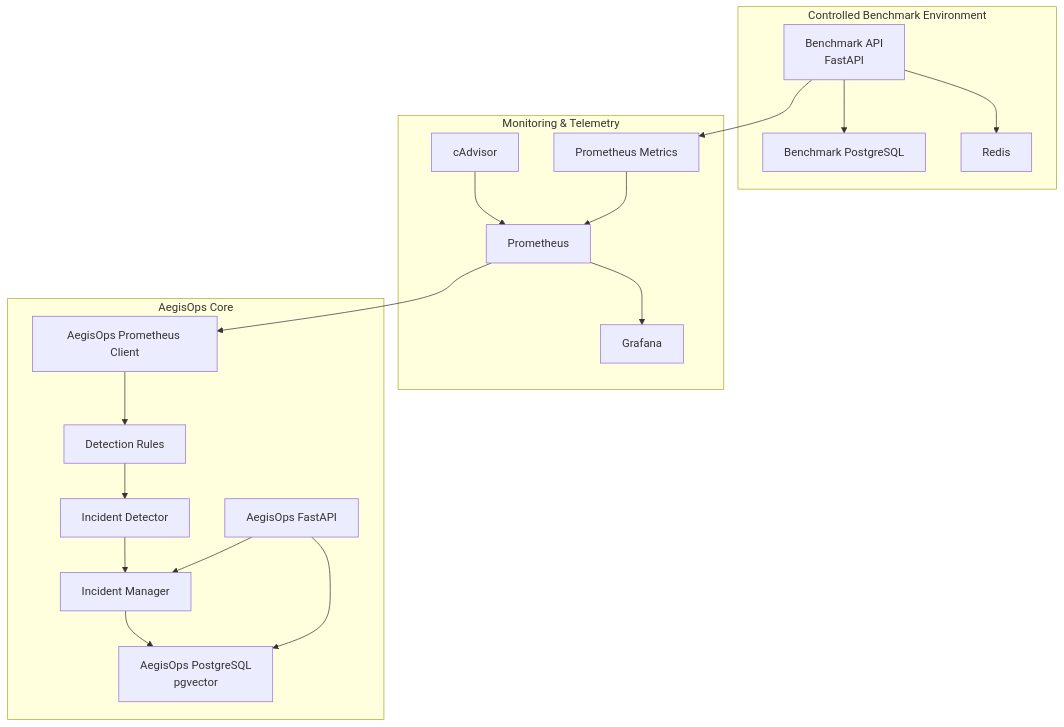
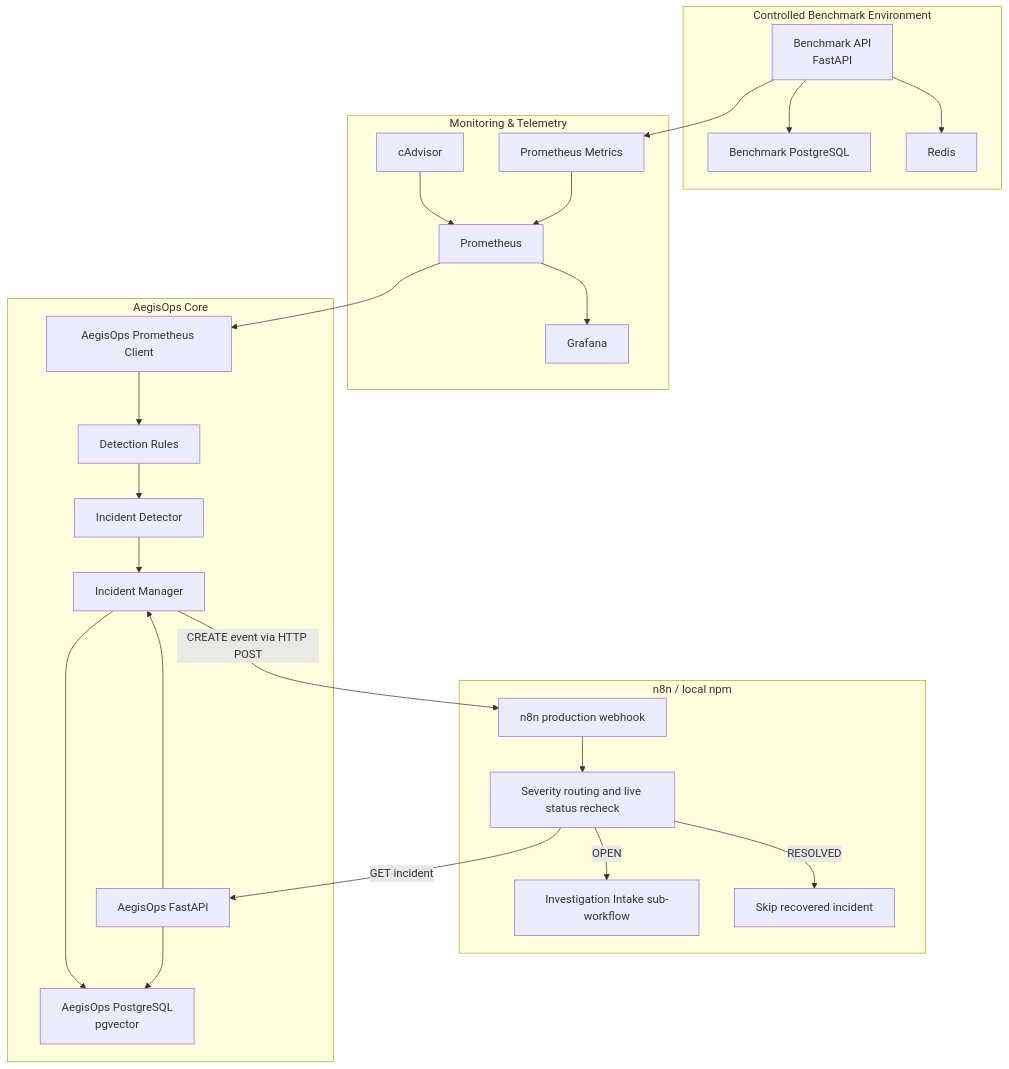
One commit to ushalabs/AegisOps changed the diagram in README.md. Above: the diagram before and after it, drawn with Mermaid. The commit also changed other lines of this file and 10 other files, not shown here.

````diff
--- a/README.md
+++ b/README.md
@@ -14,41 +14,53 @@
 ```mermaid
 flowchart TD
     A[Benchmark API<br/>FastAPI] --> B[Benchmark PostgreSQL]
     A --> C[Redis]
     A --> D[Prometheus Metrics]
 
     E[cAdvisor] --> F[Prometheus]
     D --> F
     F --> G[Grafana]
 
     F --> H[AegisOps Prometheus Client]
     H --> I[Detection Rules]
     I --> J[Incident Detector]
     J --> K[Incident Manager]
     K --> L[AegisOps PostgreSQL<br/>pgvector]
 
     M[AegisOps FastAPI] --> K
     M --> L
+    K -->|CREATE event via HTTP POST| O[n8n production webhook]
+    O --> P[Severity routing and live status recheck]
+    P -->|OPEN| Q[Investigation Intake sub-workflow]
+    P -->|RESOLVED| R[Skip recovered incident]
+    P -->|GET incident| M
 
     subgraph Benchmark["Controlled Benchmark Environment"]
         A
         B
         C
     end
 
     subgraph Observability["Monitoring & Telemetry"]
         D
         E
         F
         G
     end
 
+    subgraph Orchestration["n8n / local npm"]
+        O
+        P
+        Q
+        R
+    end
+
     subgraph Core["AegisOps Core"]
         H
         I
         J
         K
         L
         M
     end
 ```
````
